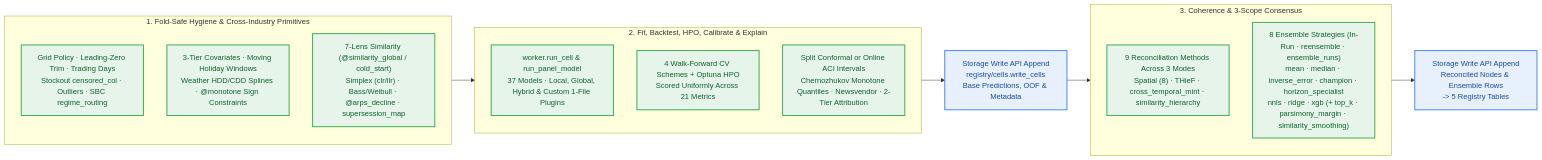
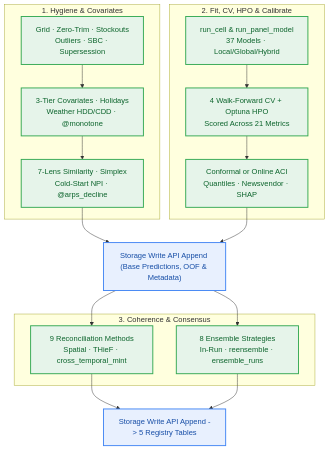
The eighth of 17 diagrams in docs/visual_architecture.md (statmike/scale-forecasting), drawn with Mermaid before and after one commit. The commit also changed other lines of this file and 14 other files, not shown here.

Commit message:
docs(mermaid): reconfigure wide diagrams to vertical TD layout with concise labels

````diff
--- a/docs/visual_architecture.md
+++ b/docs/visual_architecture.md
@@ -351,33 +338,32 @@
 ```mermaid
-flowchart LR
-    subgraph PREP_W["1. Fold-Safe Hygiene & Cross-Industry Primitives"]
-        direction TB
-        F1["Grid Policy · Leading-Zero Trim · Trading Days<br/>Stockout censored_col · Outliers · SBC regime_routing"]
-        F2["3-Tier Covariates · Moving Holiday Windows<br/>Weather HDD/CDD Splines · @monotone Sign Constraints"]
-        F3["7-Lens Similarity (@similarity_global / cold_start)<br/>Simplex (clr/ilr) · Bass/Weibull · @arps_decline · supersession_map"]
+flowchart TD
+    subgraph PREP_W["1. Hygiene & Covariates"]
+        F1["Grid · Zero-Trim · Stockouts<br/>Outliers · SBC · Supersession"]
+        F2["3-Tier Covariates · Holidays<br/>Weather HDD/CDD · @monotone"]
+        F3["7-Lens Similarity · Simplex<br/>Cold-Start NPI · @arps_decline"]
+        F1 --> F2 --> F3
     end
 
-    subgraph FIT_W["2. Fit, Backtest, HPO, Calibrate & Explain"]
-        direction TB
-        W1["worker.run_cell & run_panel_model<br/>37 Models · Local, Global, Hybrid & Custom 1-File Plugins"]
-        W2["4 Walk-Forward CV Schemes + Optuna HPO<br/>Scored Uniformly Across 21 Metrics"]
-        W3["Split Conformal or Online ACI Intervals<br/>Chernozhukov Monotone Quantiles · Newsvendor · 2-Tier Attribution"]
+    subgraph FIT_W["2. Fit, CV, HPO & Calibrate"]
+        W1["run_cell & run_panel_model<br/>37 Models · Local/Global/Hybrid"]
+        W2["4 Walk-Forward CV + Optuna HPO<br/>Scored Across 21 Metrics"]
+        W3["Conformal or Online ACI<br/>Quantiles · Newsvendor · SHAP"]
+        W1 --> W2 --> W3
     end
 
-    WRITE_W["Storage Write API Append<br/>registry/cells.write_cells<br/>Base Predictions, OOF & Metadata"]
+    WRITE_W["Storage Write API Append (Base Predictions, OOF & Metadata)"]
 
-    subgraph POST_W["3. Coherence & 3-Scope Consensus"]
-        direction TB
-        P1["9 Reconciliation Methods Across 3 Modes<br/>Spatial (8) · THieF · cross_temporal_mint · similarity_hierarchy"]
-        P2["8 Ensemble Strategies (In-Run · reensemble · ensemble_runs)<br/>mean · median · inverse_error · champion · horizon_specialist<br/>nnls · ridge · xgb (+ top_k · parsimony_margin · similarity_smoothing)"]
+    subgraph POST_W["3. Coherence & Consensus"]
+        P1["9 Reconciliation Methods<br/>Spatial · THieF · cross_temporal_mint"]
+        P2["8 Ensemble Strategies<br/>In-Run · reensemble · ensemble_runs"]
     end
 
-    WRITE_POST["Storage Write API Append<br/>Reconciled Nodes & Ensemble Rows<br/>-> 5 Registry Tables"]
+    WRITE_POST["Storage Write API Append -> 5 Registry Tables"]
 
-    PREP_W --> FIT_W --> WRITE_W --> POST_W --> WRITE_POST
+    F3 & W3 --> WRITE_W --> P1 & P2 --> WRITE_POST
 
     classDef data fill:#E8F0FE,stroke:#4285F4,stroke-width:2px,color:#174EA6
     classDef compute fill:#E6F4EA,stroke:#34A853,stroke-width:2px,color:#0D652D
     class WRITE_W,WRITE_POST data
     class F1,F2,F3,W1,W2,W3,P1,P2 compute
 ```
````
